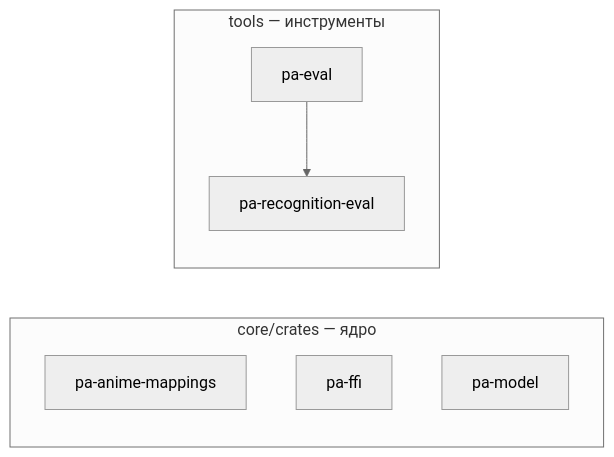
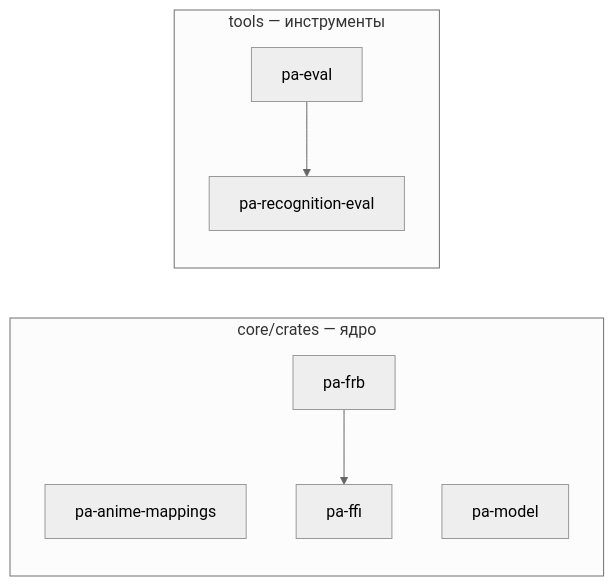
The diagram in docs/dev/crate-graph.md (DenisHumen/project_alpha), drawn with Mermaid (neutral theme) before and after one commit. The commit also changed other lines of this file and 23 other files, not shown here.

````diff
--- a/docs/dev/crate-graph.md
+++ b/docs/dev/crate-graph.md
@@ -12,13 +12,15 @@
 ```mermaid
 flowchart LR
   subgraph g0["core/crates — ядро"]
     pa_anime_mappings["pa-anime-mappings"]
     pa_ffi["pa-ffi"]
+    pa_frb["pa-frb"]
     pa_model["pa-model"]
   end
   subgraph g1["tools — инструменты"]
     pa_eval["pa-eval"]
     pa_recognition_eval["pa-recognition-eval"]
   end
   pa_eval --> pa_recognition_eval
+  pa_frb --> pa_ffi
 ```
````
